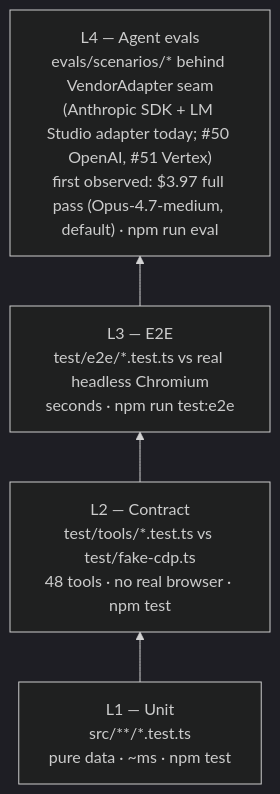
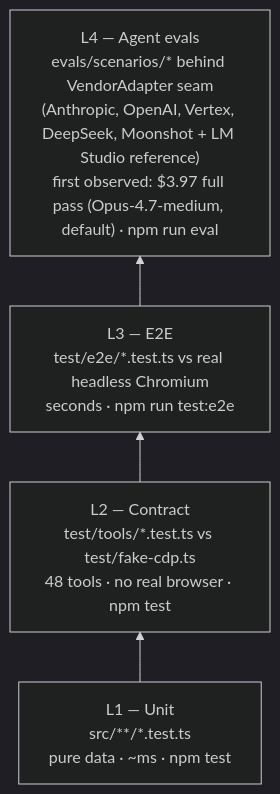
One commit to lcjanke2020/lynceus changed the sixth of 6 diagrams in docs/ARCHITECTURE.md. Above: the diagram before and after it, drawn with Mermaid (dark theme). The commit also changed other lines of this file and 7 other files, not shown here.

````diff
--- a/docs/ARCHITECTURE.md
+++ b/docs/ARCHITECTURE.md
@@ -159,8 +159,8 @@
 ```mermaid
 flowchart BT
     L1["L1 — Unit<br/>src/**/*.test.ts<br/>pure data · ~ms · npm test"]
     L2["L2 — Contract<br/>test/tools/*.test.ts vs test/fake-cdp.ts<br/>48 tools · no real browser · npm test"]
     L3["L3 — E2E<br/>test/e2e/*.test.ts vs real headless Chromium<br/>seconds · npm run test:e2e"]
-    L4["L4 — Agent evals<br/>evals/scenarios/* behind VendorAdapter seam<br/>(Anthropic SDK + LM Studio adapter today; #50 OpenAI, #51 Vertex)<br/>first observed: $3.97 full pass (Opus-4.7-medium, default) · npm run eval"]
+    L4["L4 — Agent evals<br/>evals/scenarios/* behind VendorAdapter seam<br/>(Anthropic, OpenAI, Vertex, DeepSeek, Moonshot + LM Studio reference)<br/>first observed: $3.97 full pass (Opus-4.7-medium, default) · npm run eval"]
     L1 --> L2 --> L3 --> L4
 ```
````
